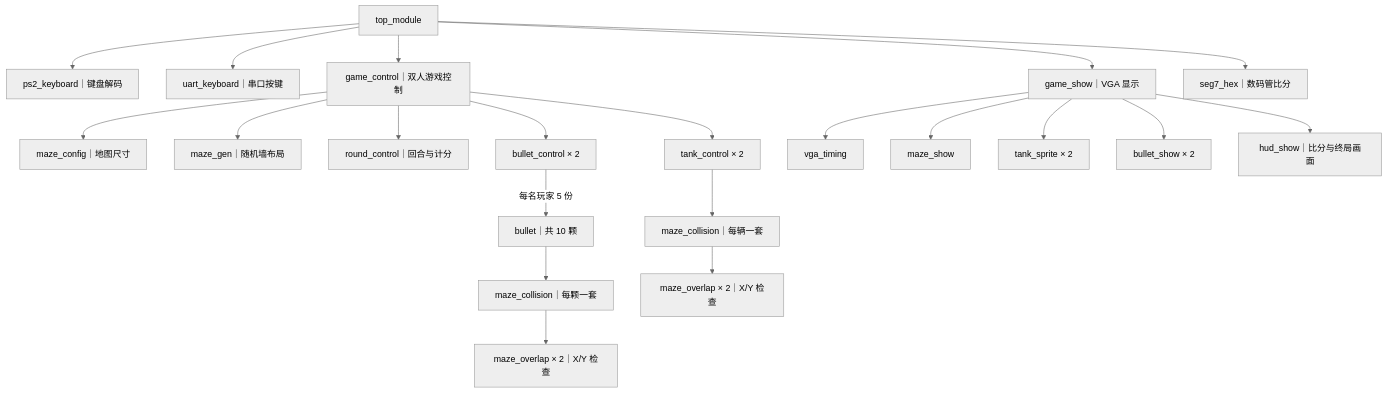
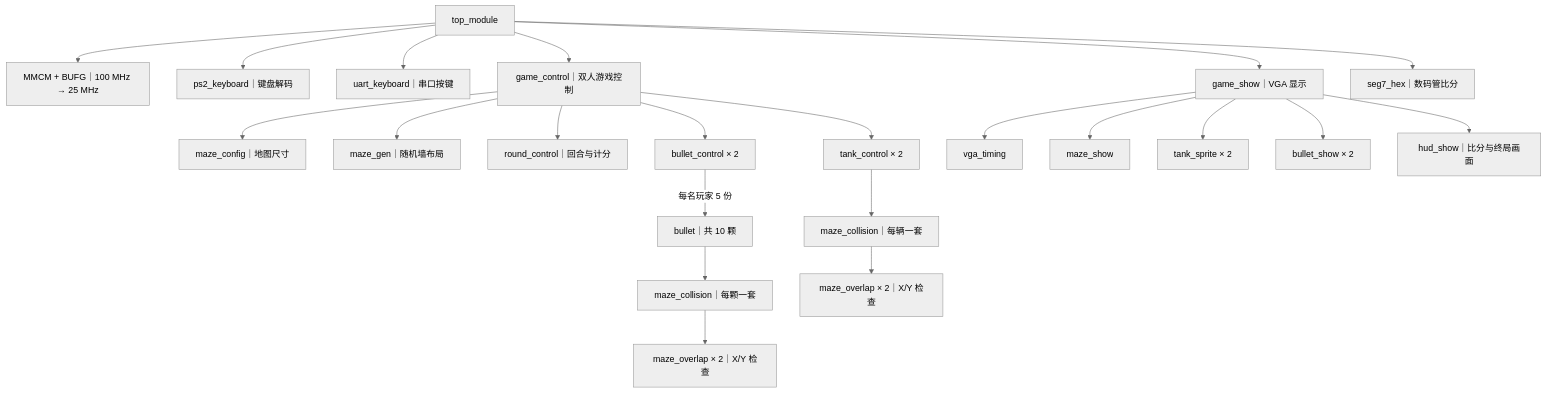
Before and after one commit to sjy0630/tank-battle: the diagram in README.md, drawn with Mermaid (neutral theme). The commit also changed other lines of this file and 7 other files, not shown here.

````diff
--- a/README.md
+++ b/README.md
@@ -93,24 +93,25 @@
 ```mermaid
 flowchart TB
     top["top_module"]
+    top --> clock["MMCM + BUFG｜100 MHz → 25 MHz"]
     top --> ps2["ps2_keyboard｜键盘解码"]
     top --> uart["uart_keyboard｜串口按键"]
     top --> control["game_control｜双人游戏控制"]
     top --> show["game_show｜VGA 显示"]
     top --> score["seg7_hex｜数码管比分"]
     control --> config["maze_config｜地图尺寸"]
     control --> gen["maze_gen｜随机墙布局"]
     control --> round["round_control｜回合与计分"]
     control --> tank["tank_control × 2"]
     control --> bullets["bullet_control × 2"]
     tank --> tc["maze_collision｜每辆一套"]
     bullets -->|"每名玩家 5 份"| bullet["bullet｜共 10 颗"]
     bullet --> bc["maze_collision｜每颗一套"]
     tc --> tx["maze_overlap × 2｜X/Y 检查"]
     bc --> bx["maze_overlap × 2｜X/Y 检查"]
     show --> timing["vga_timing"]
     show --> maze["maze_show"]
     show --> sprite["tank_sprite × 2"]
     show --> shots["bullet_show × 2"]
     show --> hud["hud_show｜比分与终局画面"]
 ```
````
